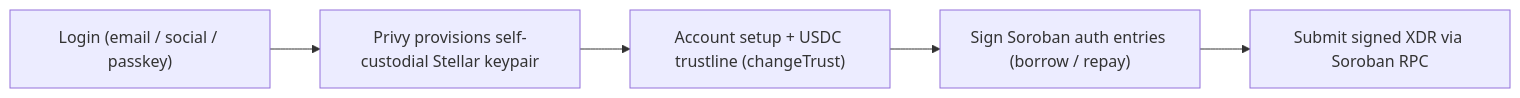
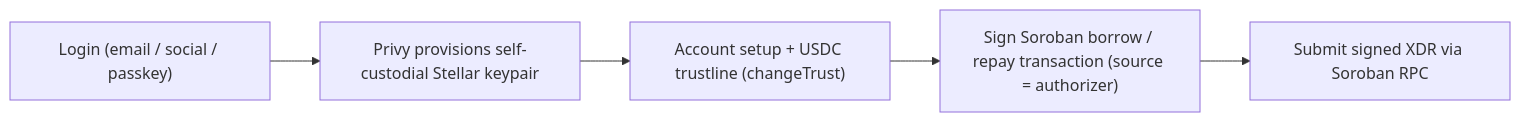
Before and after one commit to LuchoLeonel/lendoor-stellar: the second of 3 diagrams in docs/ARCHITECTURE.md, drawn with Mermaid. The commit also changed other lines of this file, not shown here.

Commit message:
docs: correct Privy Soroban signing (full-transaction, source=authorizer)

````diff
--- a/docs/ARCHITECTURE.md
+++ b/docs/ARCHITECTURE.md
@@ -53,7 +53,7 @@
 ```mermaid
 flowchart LR
   A["Login (email / social / passkey)"] --> B["Privy provisions self-custodial Stellar keypair"]
   B --> C["Account setup + USDC trustline (changeTrust)"]
-  C --> D["Sign Soroban auth entries (borrow / repay)"]
+  C --> D["Sign Soroban borrow / repay transaction (source = authorizer)"]
   D --> E["Submit signed XDR via Soroban RPC"]
 ```
````
